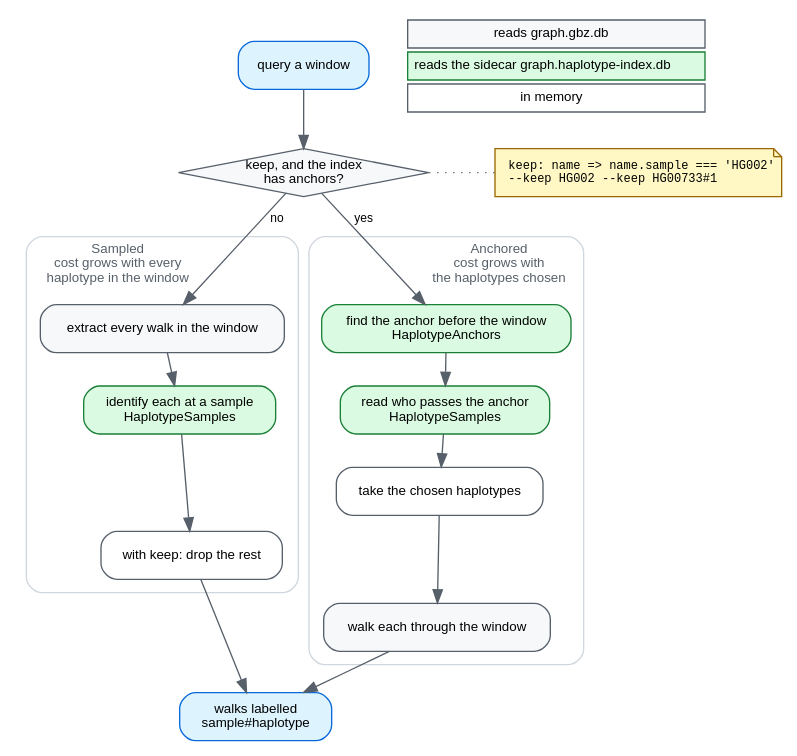
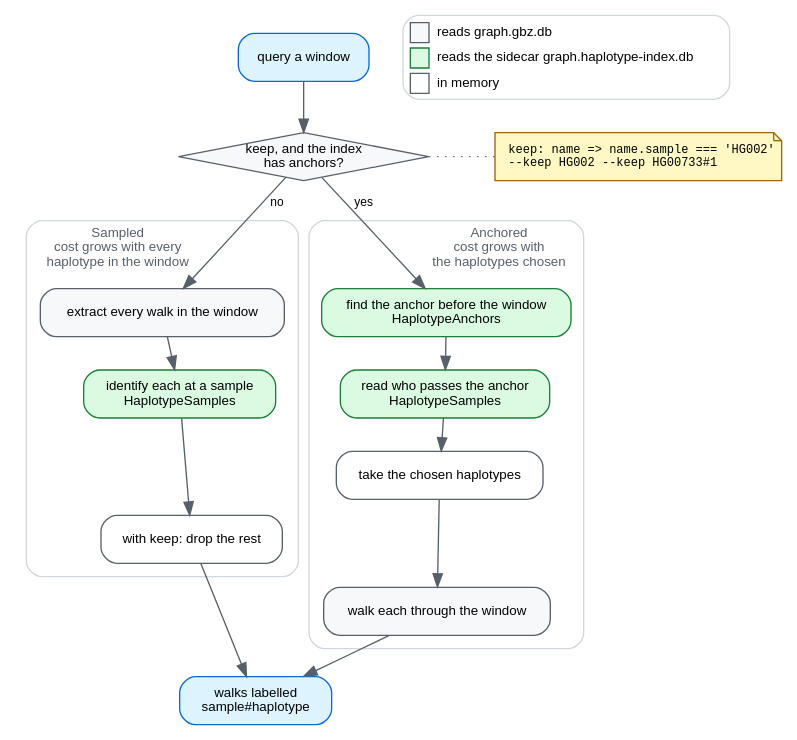
The diagram in docs/img/naming-routes.dot (GMOD/gbz-base-js), drawn with Graphviz before and after one commit. The commit also changed 2 other files, not shown here.

```diff
--- a/docs/img/naming-routes.dot
+++ b/docs/img/naming-routes.dot
@@ -1,74 +1,74 @@
 // Source for docs/img/naming-routes.svg, which docs/haplotype-index.md embeds.
 // Regenerate with: dot -Tsvg docs/img/naming-routes.dot -o docs/img/naming-routes.svg
 // Palette matches dataflow.dot.
 //
 // Main paths only. The anchored route's two fallbacks (a chosen haplotype
 // missing from the anchor, a walk that never reaches the window) are prose in
 // haplotype-index.md; drawn, their dashed edges crossed both clusters and
 // buried the choice the diagram exists to show.
 digraph namingroutes {
   rankdir=TB
   bgcolor="white"
   nodesep=0.35
   ranksep=0.32
   newrank=true
   node [shape=box style="filled,rounded" fillcolor="#f6f8fa" color="#57606a"
         fontname="Helvetica" fontsize=10 margin="0.14,0.07"]
   edge [color="#57606a" fontname="Helvetica" fontsize=9]
 
   query  [label="query a window" fillcolor="#ddf4ff" color="#0969da"]
   choose [label="keep, and the index\nhas anchors?" shape=diamond style=filled margin="0.02,0.02"]
   how    [label="keep: name => name.sample === 'HG002'\l--keep HG002 --keep HG00733#1\l"
           shape=note fontname="Courier" fontsize=9 fillcolor="#fff8c5" color="#9a6700"]
   { rank=same; choose; how }
   choose -> how [style=dotted arrowhead=none]
   out    [label="walks labelled\nsample#haplotype" fillcolor="#ddf4ff" color="#0969da"]
 
   legend [shape=plaintext style="" margin=0 label=<
-    <table border="0" cellborder="1" cellspacing="3" cellpadding="4" style="rounded">
-      <tr><td bgcolor="#f6f8fa" color="#57606a">reads graph.gbz.db</td></tr>
-      <tr><td bgcolor="#dafbe1" color="#1a7f37">reads the sidecar graph.haplotype-index.db</td></tr>
-      <tr><td bgcolor="white" color="#57606a">in memory</td></tr>
+    <table border="1" color="#d0d7de" cellborder="0" cellspacing="4" cellpadding="2" style="rounded">
+      <tr><td border="1" bgcolor="#f6f8fa" color="#57606a" width="14"></td><td align="left">reads graph.gbz.db</td></tr>
+      <tr><td border="1" bgcolor="#dafbe1" color="#1a7f37" width="14"></td><td align="left">reads the sidecar graph.haplotype-index.db</td></tr>
+      <tr><td border="1" bgcolor="white" color="#57606a" width="14"></td><td align="left">in memory</td></tr>
     </table>>]
   { rank=same; query; legend }
 
   query -> choose
 
   subgraph cluster_sampled {
     label="Sampled\ncost grows with every\nhaplotype in the window"
     labelloc="t"
     labeljust="l"
     fontname="Helvetica"
     fontsize=10
     fontcolor="#57606a"
     color="#d0d7de"
     style="rounded"
     margin=10
     s1 [label="extract every walk in the window"]
     s2 [label="identify each at a sample\nHaplotypeSamples" fillcolor="#dafbe1" color="#1a7f37"]
     s3 [label="with keep: drop the rest" fillcolor="white"]
     s1 -> s2 -> s3
   }
 
   subgraph cluster_anchored {
     label="Anchored\ncost grows with\nthe haplotypes chosen"
     labelloc="t"
     labeljust="r"
     fontname="Helvetica"
     fontsize=10
     fontcolor="#57606a"
     color="#d0d7de"
     style="rounded"
     margin=10
     a1 [label="find the anchor before the window\nHaplotypeAnchors" fillcolor="#dafbe1" color="#1a7f37"]
     a2 [label="read who passes the anchor\nHaplotypeSamples" fillcolor="#dafbe1" color="#1a7f37"]
     a2b [label="take the chosen haplotypes" fillcolor="white"]
     a3 [label="walk each through the window"]
     a1 -> a2 -> a2b -> a3
   }
 
   choose -> s1 [label=" no "]
   choose -> a1 [label=" yes "]
   s3 -> out
   a3 -> out
 }
```
